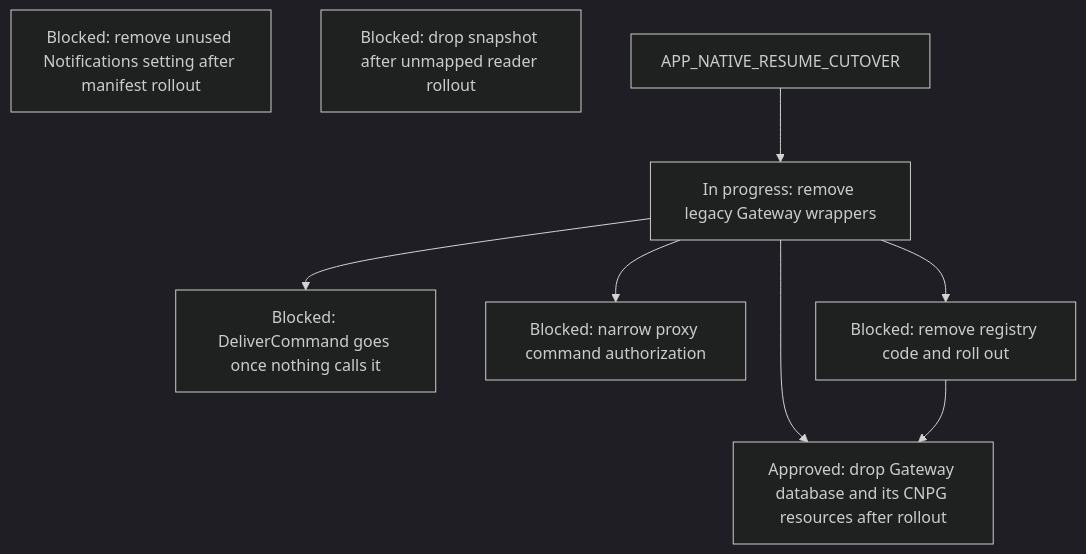
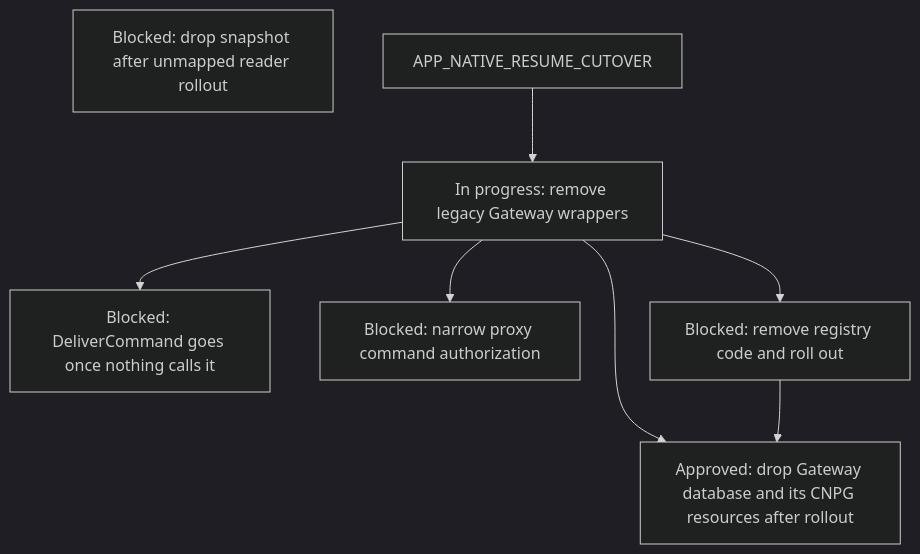
Diagram 15 of 16 in agentplane/plans/task_dag.md (agentydragon-agent/ducktape), drawn with Mermaid (dark theme) before and after one commit. The commit also changed other lines of this file and 4 other files, not shown here.

First line of the commit message:
Remove retired Notifications Gateway target setting (#10714)

````diff
--- a/agentplane/plans/task_dag.md
+++ b/agentplane/plans/task_dag.md
@@ -1300,16 +1300,15 @@
 ```mermaid
 flowchart TD
     RUNNER_COMMAND_RPCS[Blocked: DeliverCommand goes once nothing calls it]
-    NOTIFICATION_GATEWAY_TARGET_READER_RETIRE[Blocked: remove unused Notifications setting after manifest rollout]
     DISPATCHER_OPENING_ATTACHED_COLUMN_DROP[Blocked: drop snapshot after unmapped reader rollout]
     GATEWAY_WRAPPER_RETIRE --> RUNNER_COMMAND_RPCS
     GATEWAY_WRAPPER_RETIRE[In progress: remove legacy Gateway wrappers]
     APP_NATIVE_RESUME_CUTOVER --> GATEWAY_WRAPPER_RETIRE
     GATEWAY_DATABASE_DROP[Approved: drop Gateway database and its CNPG resources after rollout]
     PROXY_START_METHODS_DISPATCHER_ONLY[Blocked: narrow proxy command authorization]
     GATEWAY_WRAPPER_RETIRE --> PROXY_START_METHODS_DISPATCHER_ONLY
     GATEWAY_WRAPPER_RETIRE --> GATEWAY_DATABASE_DROP
     GATEWAY_SESSION_REGISTRY_RETIRE[Blocked: remove registry code and roll out]
     GATEWAY_WRAPPER_RETIRE --> GATEWAY_SESSION_REGISTRY_RETIRE
     GATEWAY_SESSION_REGISTRY_RETIRE --> GATEWAY_DATABASE_DROP
 ```
````
